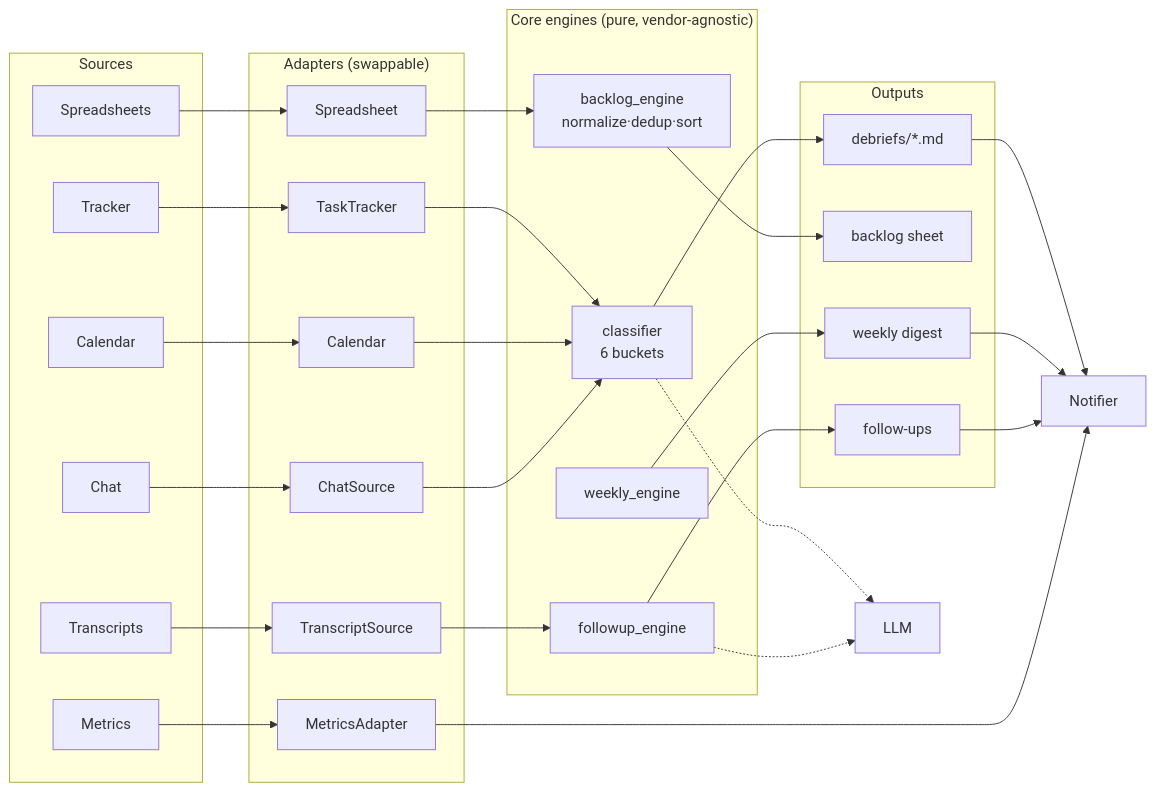
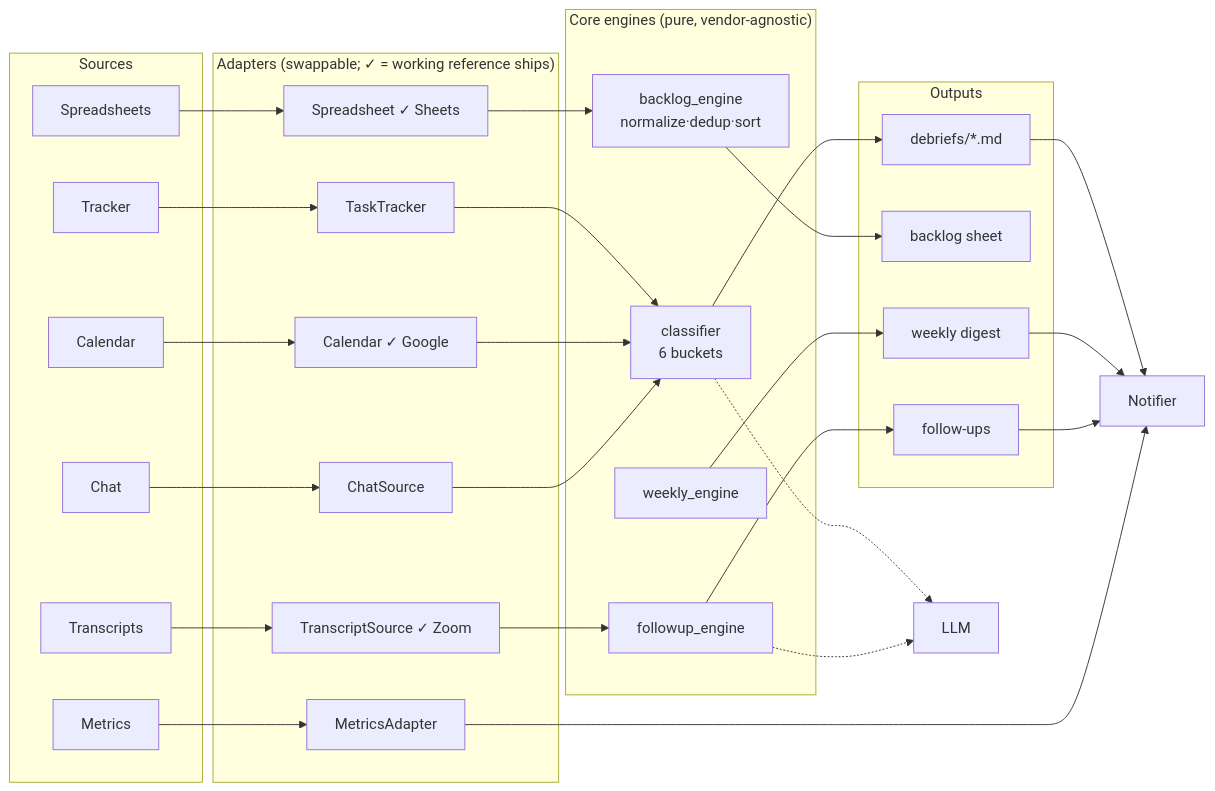
One commit to smbochkarev1/claude-pm-os changed the diagram in README.md. Above: the diagram before and after it, drawn with Mermaid. The commit also changed other lines of this file and 11 other files, not shown here.

First line of the commit message:
Add working Google Calendar + Zoom transcript reference adapters

````diff
--- a/README.md
+++ b/README.md
@@ -46,47 +47,47 @@
 ```mermaid
 flowchart LR
     subgraph Sources
         TR[Tracker]
         CA[Calendar]
         SH[Spreadsheets]
         CH[Chat]
         TS[Transcripts]
         ME[Metrics]
     end
-    subgraph Adapters["Adapters (swappable)"]
+    subgraph Adapters["Adapters (swappable; ✓ = working reference ships)"]
         A1[TaskTracker]
-        A2[Calendar]
-        A3[Spreadsheet]
+        A2["Calendar ✓ Google"]
+        A3["Spreadsheet ✓ Sheets"]
         A4[ChatSource]
-        A5[TranscriptSource]
+        A5["TranscriptSource ✓ Zoom"]
         A6[MetricsAdapter]
     end
     subgraph Core["Core engines (pure, vendor-agnostic)"]
         C1[classifier<br/>6 buckets]
         C2[backlog_engine<br/>normalize·dedup·sort]
         C3[weekly_engine]
         C4[followup_engine]
     end
     subgraph Outputs
         O1[debriefs/*.md]
         O2[backlog sheet]
         O3[weekly digest]
         O4[follow-ups]
     end
     N[Notifier]
     L[LLM]
 
     TR-->A1-->C1
     CA-->A2-->C1
     SH-->A3-->C2
     CH-->A4-->C1
     TS-->A5-->C4
     ME-->A6
     C1-->O1-->N
     C2-->O2
     C3-->O3-->N
     C4-->O4-->N
     A6-->N
     C1-.->L
     C4-.->L
 ```
````
